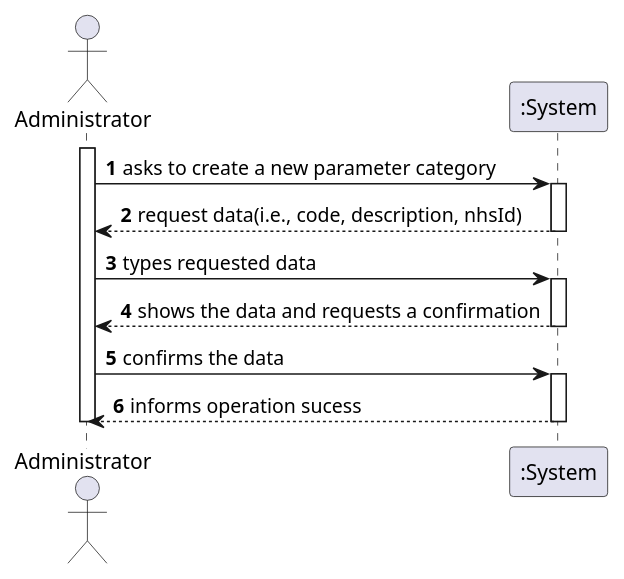
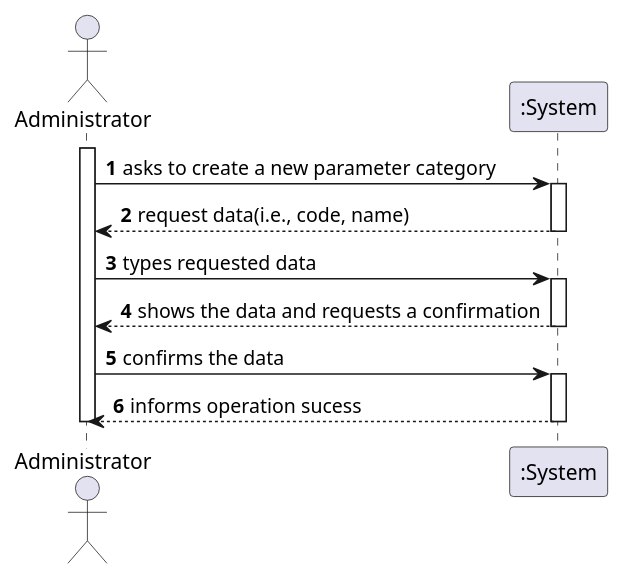
One commit to ana-albergaria/LAPR2-ISEP changed the diagram in docs/SprintB/US_11/US11_SSD.puml. Above: the diagram before and after it, drawn with PlantUML. The commit also changed 22 other files, not shown here.

Commit message:
Corrected US11 and US10 Diagrams, Corrected US11 Code and Finished US10 Code.

```diff
--- a/docs/SprintB/US_11/US11_SSD.puml
+++ b/docs/SprintB/US_11/US11_SSD.puml
@@ -1,23 +1,23 @@
 @startuml
 autonumber
 actor "Administrator" as Adm
 
 activate Adm
 Adm-> ":System" : asks to create a new parameter category
 activate ":System"
-":System" --> Adm : request data(i.e., code, description, nhsId)
+":System" --> Adm : request data(i.e., code, name)
 deactivate ":System"
 
 Adm-> ":System" : types requested data
 activate ":System"
 ":System" --> Adm : shows the data and requests a confirmation
 deactivate ":System"
 
 Adm-> ":System" : confirms the data
 activate ":System"
 ":System" --> Adm : informs operation sucess
 deactivate ":System"
 
 deactivate Adm
 
 @enduml
```
